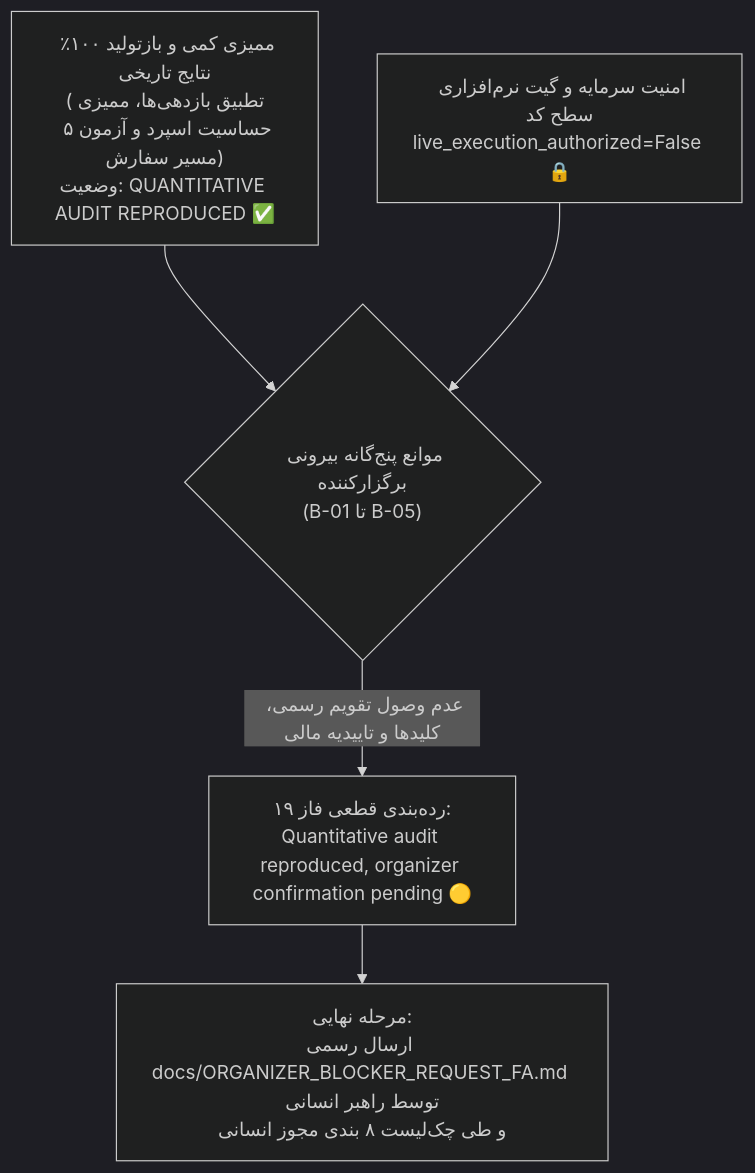
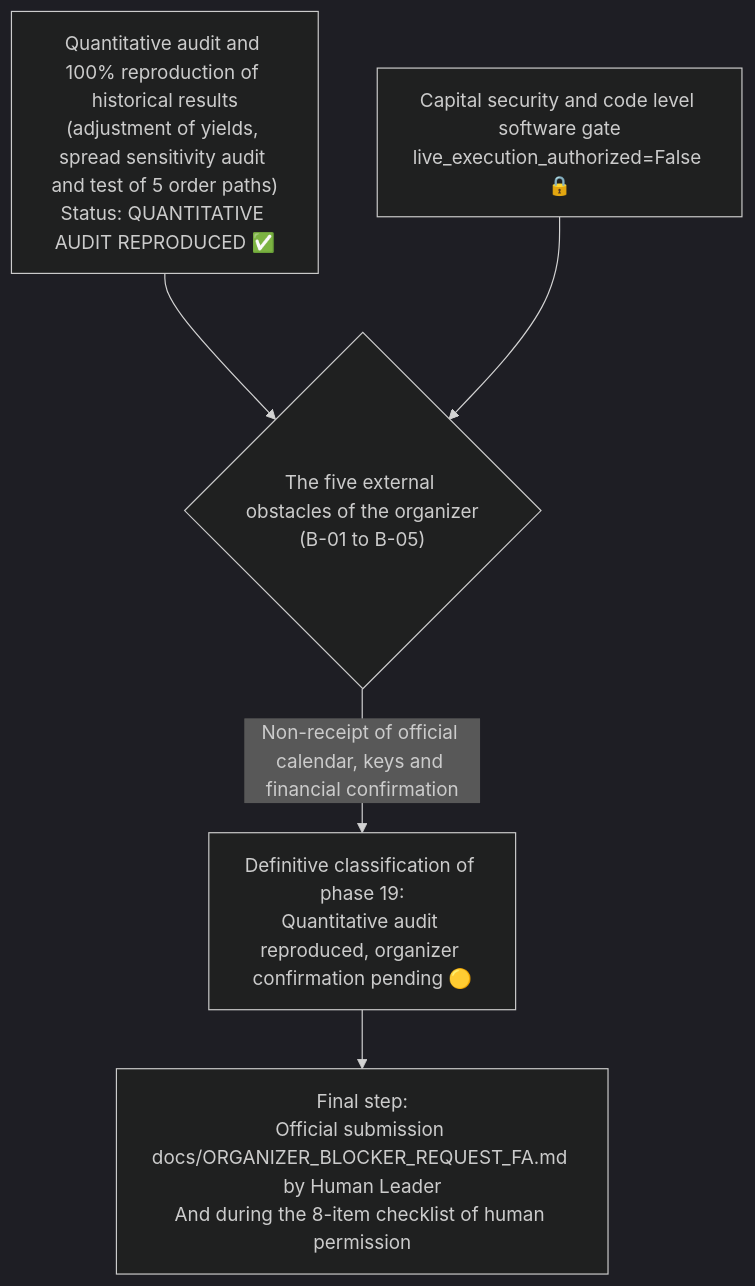
One commit to AliFazelniya/wallextrade changed the diagram in docs/PHASE19_FINAL_QUANTITATIVE_AUDIT.md. Above: the diagram before and after it, drawn with Mermaid (dark theme). The commit also changed other lines of this file and 81 other files, not shown here.

````diff
--- a/docs/PHASE19_FINAL_QUANTITATIVE_AUDIT.md
+++ b/docs/PHASE19_FINAL_QUANTITATIVE_AUDIT.md
@@ -27,7 +27,7 @@
 ```mermaid
 flowchart TD
-    A["ممیزی کمی و بازتولید ۱۰۰٪ نتایج تاریخی\n(تطبیق بازدهی‌ها، ممیزی حساسیت اسپرد و آزمون ۵ مسیر سفارش)\nوضعیت: QUANTITATIVE AUDIT REPRODUCED ✅"] --> C{"موانع پنج‌گانه بیرونی برگزارکننده\n(B-01 تا B-05)"}
-    B["امنیت سرمایه و گیت نرم‌افزاری سطح کد\nlive_execution_authorized=False 🔒"] --> C
-    C -- "عدم وصول تقویم رسمی، کلیدها و تاییدیه مالی" --> D["رده‌بندی قطعی فاز ۱۹:\nQuantitative audit reproduced, organizer confirmation pending 🟡"]
-    D --> E["مرحله نهایی:\nارسال رسمی docs/ORGANIZER_BLOCKER_REQUEST_FA.md توسط راهبر انسانی\nو طی چک‌لیست ۸ بندی مجوز انسانی"]
+    A["Quantitative audit and 100% reproduction of historical results\n(adjustment of yields, spread sensitivity audit and test of 5 order paths)\nStatus: QUANTITATIVE AUDIT REPRODUCED ✅"] --> C{"The five external obstacles of the organizer\n(B-01 to B-05)"}
+    B["Capital security and code level software gate\nlive_execution_authorized=False 🔒"] --> C
+    C -- "Non-receipt of official calendar, keys and financial confirmation" --> D["Definitive classification of phase 19:\nQuantitative audit reproduced, organizer confirmation pending 🟡"]
+    D --> E["Final step:\nOfficial submission docs/ORGANIZER_BLOCKER_REQUEST_FA.md by Human Leader\nAnd during the 8-item checklist of human permission"]
 ```
````
